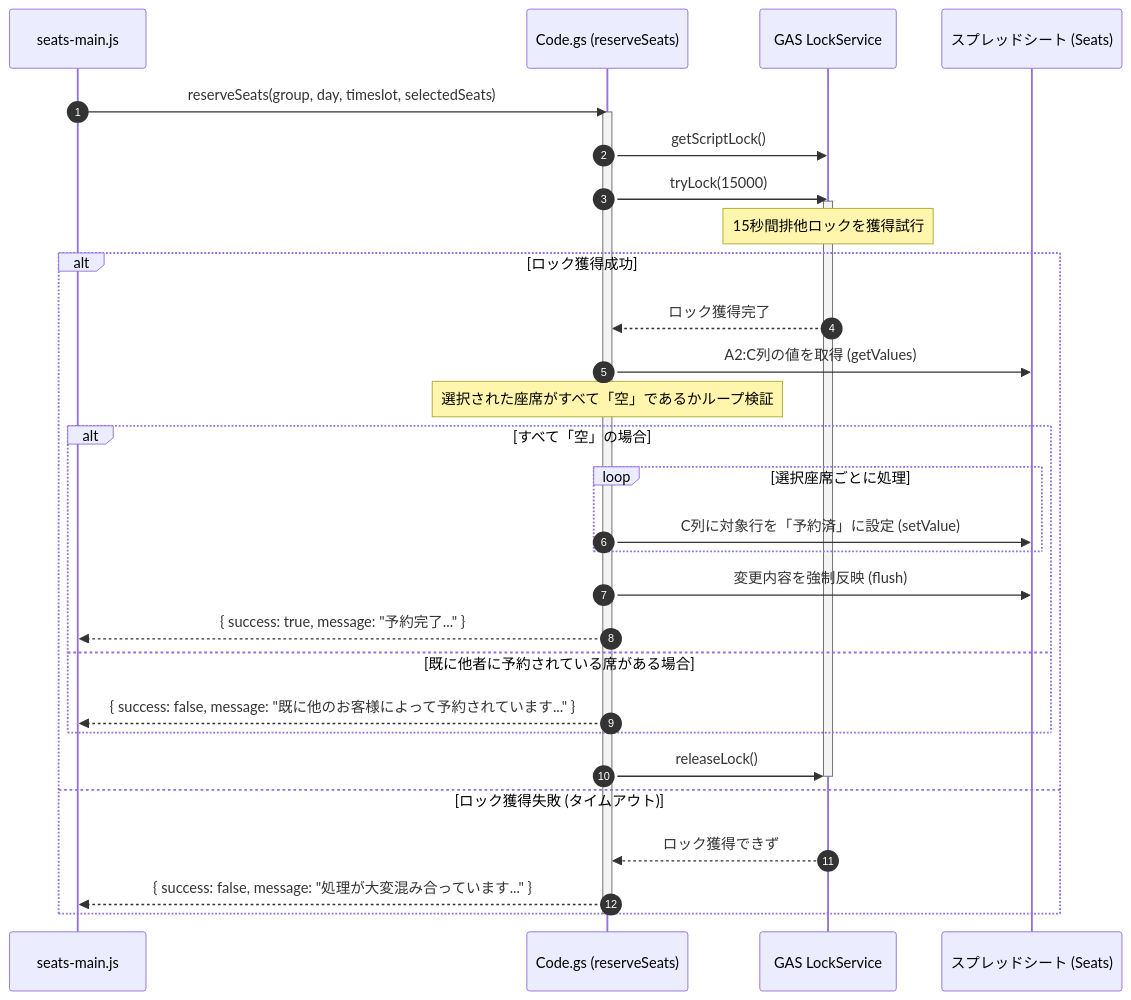
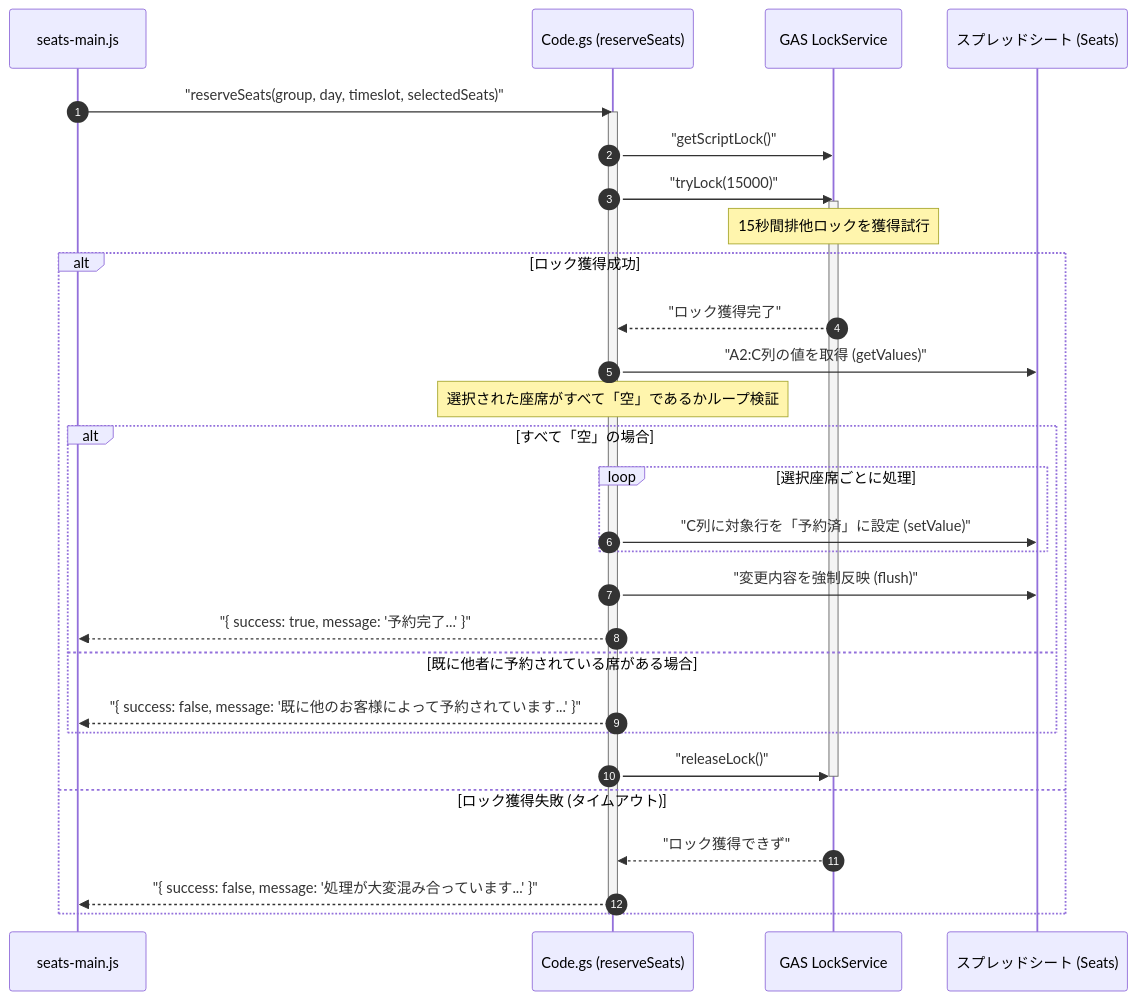
The second of 6 diagrams in README.md (J105588/tickets), drawn with Mermaid before and after one commit. The commit also changed other lines of this file, not shown here.

````diff
--- a/README.md
+++ b/README.md
@@ -204,38 +204,38 @@
 ```mermaid
 sequenceDiagram
     autonumber
     participant FE as seats-main.js
     participant GAS as Code.gs (reserveSeats)
     participant Lock as GAS LockService
     participant Sheet as スプレッドシート (Seats)
     
-    FE->>GAS: reserveSeats(group, day, timeslot, selectedSeats)
+    FE->>GAS: "reserveSeats(group, day, timeslot, selectedSeats)"
     activate GAS
-    GAS->>Lock: getScriptLock()
-    GAS->>Lock: tryLock(15000)
+    GAS->>Lock: "getScriptLock()"
+    GAS->>Lock: "tryLock(15000)"
     activate Lock
     Note over Lock: 15秒間排他ロックを獲得試行
     
     alt ロック獲得成功
-        Lock-->>GAS: ロック獲得完了
-        GAS->>Sheet: A2:C列の値を取得 (getValues)
+        Lock-->>GAS: "ロック獲得完了"
+        GAS->>Sheet: "A2:C列の値を取得 (getValues)"
         Note over GAS: 選択された座席がすべて「空」であるかループ検証
         
         alt すべて「空」の場合
             loop 選択座席ごとに処理
-                GAS->>Sheet: C列に対象行を「予約済」に設定 (setValue)
+                GAS->>Sheet: "C列に対象行を「予約済」に設定 (setValue)"
             end
-            GAS->>Sheet: 変更内容を強制反映 (flush)
-            GAS-->>FE: { success: true, message: "予約完了..." }
+            GAS->>Sheet: "変更内容を強制反映 (flush)"
+            GAS-->>FE: "{ success: true, message: '予約完了...' }"
         else 既に他者に予約されている席がある場合
-            GAS-->>FE: { success: false, message: "既に他のお客様によって予約されています..." }
+            GAS-->>FE: "{ success: false, message: '既に他のお客様によって予約されています...' }"
         end
         
-        GAS->>Lock: releaseLock()
+        GAS->>Lock: "releaseLock()"
         deactivate Lock
     else ロック獲得失敗 (タイムアウト)
-        Lock-->>GAS: ロック獲得できず
-        GAS-->>FE: { success: false, message: "処理が大変混み合っています..." }
+        Lock-->>GAS: "ロック獲得できず"
+        GAS-->>FE: "{ success: false, message: '処理が大変混み合っています...' }"
     end
     deactivate GAS
 ```
````
